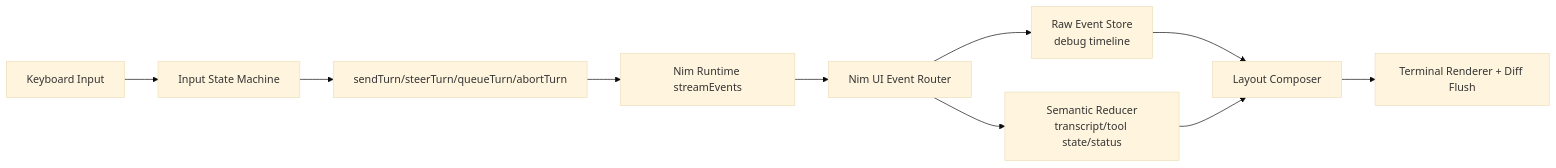
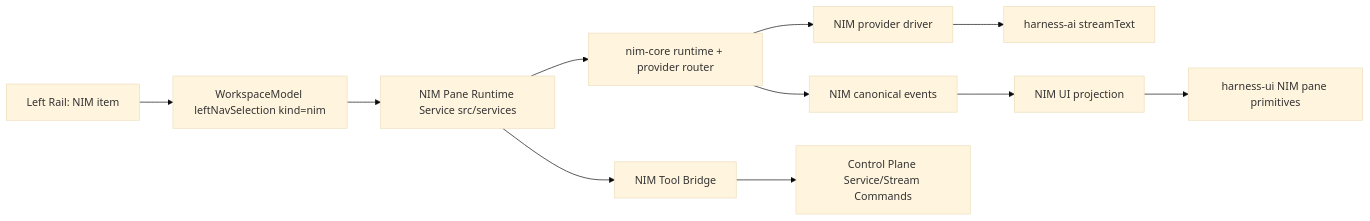
Before and after one commit to jmoyers/harness: the diagram in nim.md, drawn with Mermaid (base theme). The commit also changed other lines of this file and 23 other files, not shown here.

Commit message:
nim: add roadmap and initial pinned pane shell

````diff
--- a/nim.md
+++ b/nim.md
@@ -62,12 +44,13 @@
 ```mermaid
 flowchart LR
-  A[Nim Runtime streamEvents] --> B[Nim UI Event Router]
-  B --> C[Raw Event Store<br/>debug timeline]
-  B --> D[Semantic Reducer<br/>transcript/tool state/status]
-  C --> E[Layout Composer]
-  D --> E
-  E --> F[Terminal Renderer + Diff Flush]
-  G[Keyboard Input] --> H[Input State Machine]
-  H --> I[sendTurn/steerTurn/queueTurn/abortTurn]
-  I --> A
+  A[Left Rail: NIM item] --> B[WorkspaceModel leftNavSelection kind=nim]
+  B --> C[NIM Pane Runtime Service src/services]
+  C --> D[nim-core runtime + provider router]
+  D --> E[NIM provider driver]
+  E --> F[harness-ai streamText]
+  C --> G[NIM Tool Bridge]
+  G --> H[Control Plane Service/Stream Commands]
+  D --> I[NIM canonical events]
+  I --> J[NIM UI projection]
+  J --> K[harness-ui NIM pane primitives]
 ```
````
